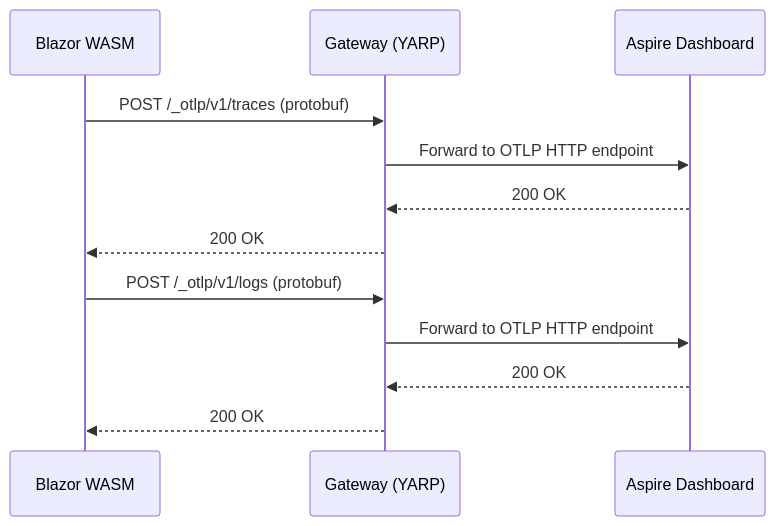
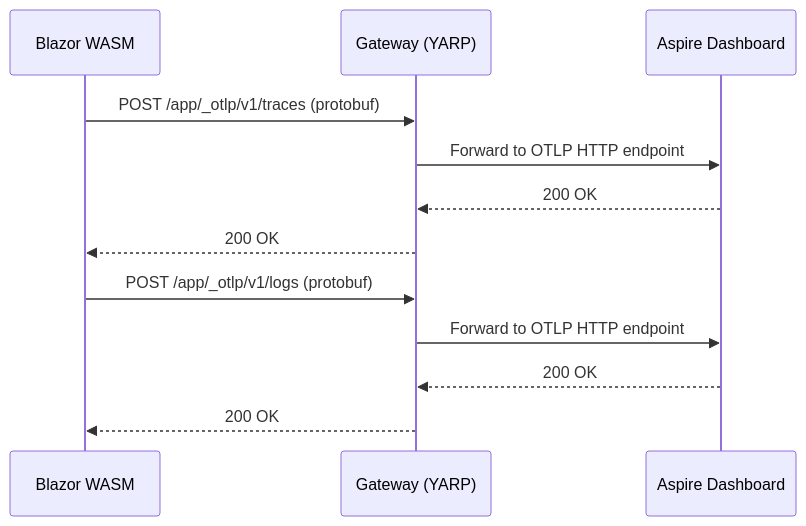
One commit to danroth27/BlazorStandaloneAspireDemo changed the second of 2 diagrams in README.md. Above: the diagram before and after it, drawn with Mermaid. The commit also changed other lines of this file and 83 other files, not shown here.

````diff
--- a/README.md
+++ b/README.md
@@ -140,16 +154,16 @@
 ```mermaid
 sequenceDiagram
     participant WASM as Blazor WASM
     participant GW as Gateway (YARP)
     participant DB as Aspire Dashboard
 
-    WASM->>GW: POST /_otlp/v1/traces (protobuf)
+    WASM->>GW: POST /app/_otlp/v1/traces (protobuf)
     GW->>DB: Forward to OTLP HTTP endpoint
     DB-->>GW: 200 OK
     GW-->>WASM: 200 OK
 
-    WASM->>GW: POST /_otlp/v1/logs (protobuf)
+    WASM->>GW: POST /app/_otlp/v1/logs (protobuf)
     GW->>DB: Forward to OTLP HTTP endpoint
     DB-->>GW: 200 OK
     GW-->>WASM: 200 OK
 ```
````
